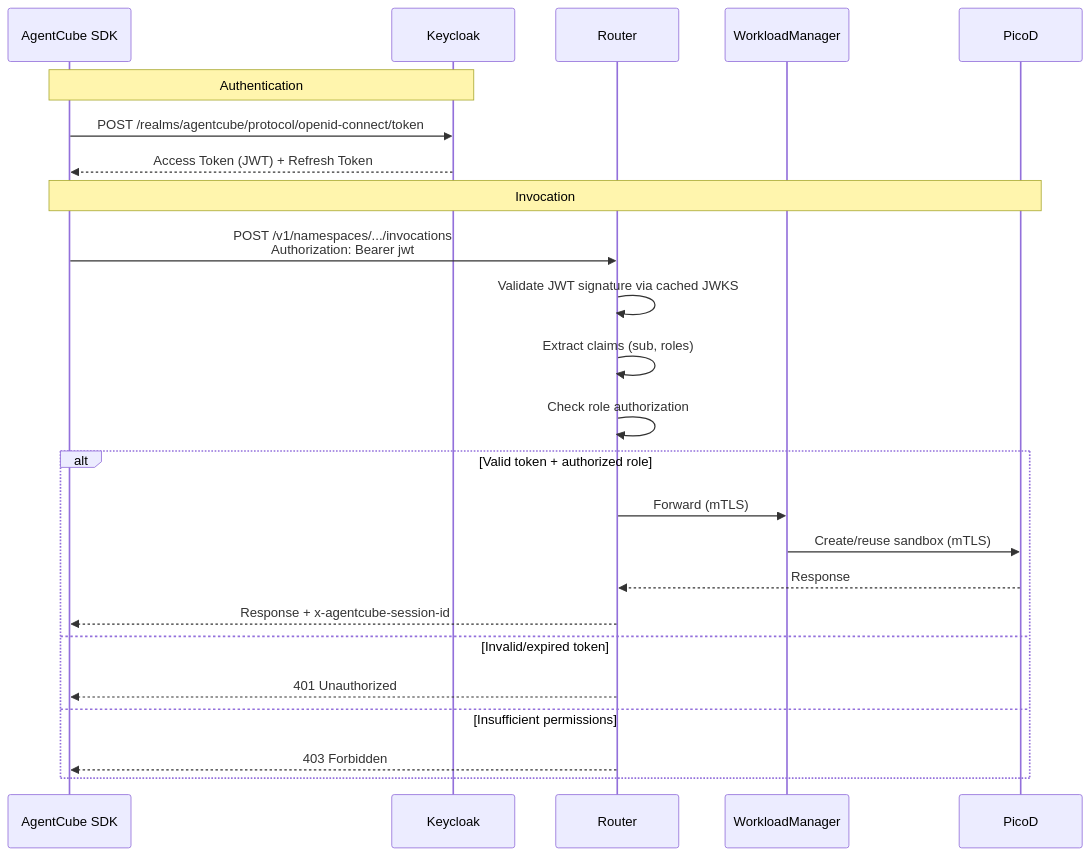
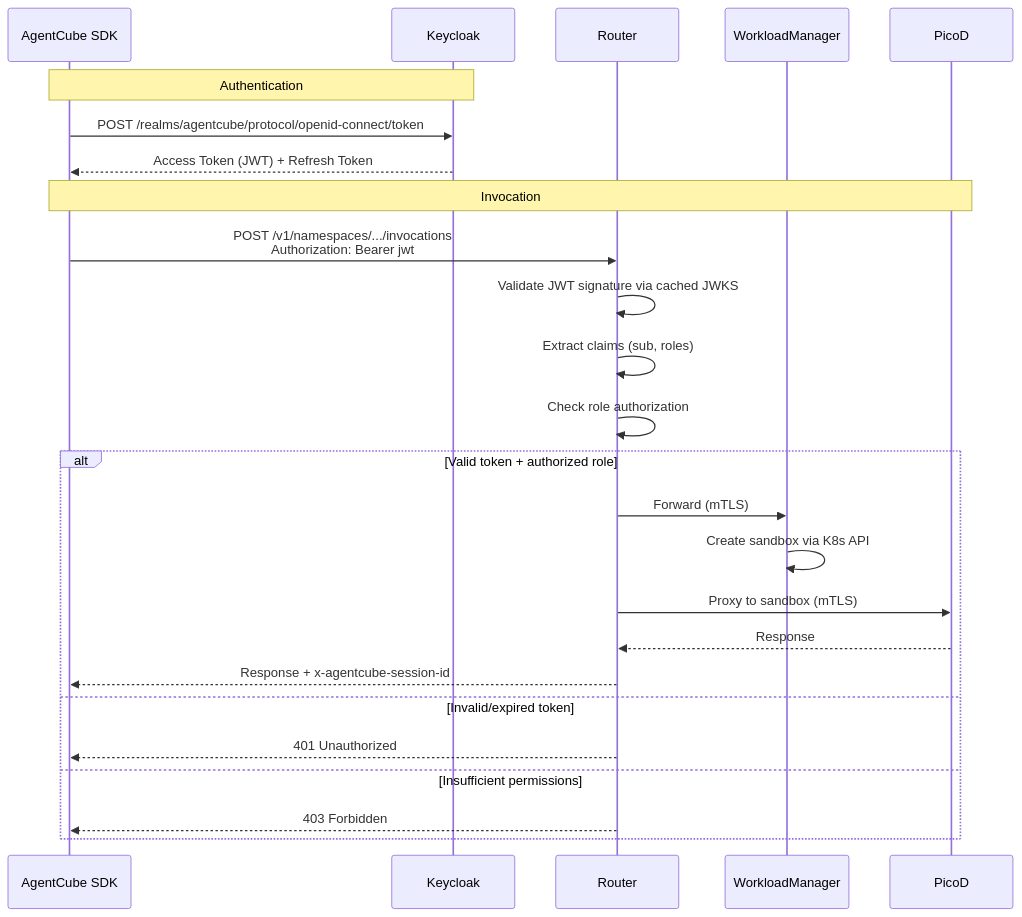
Before and after one commit to volcano-sh/agentcube: the second of 3 diagrams in docs/design/auth-proposal.md, drawn with Mermaid. The commit also changed other lines of this file, not shown here.

````diff
--- a/docs/design/auth-proposal.md
+++ b/docs/design/auth-proposal.md
@@ -397,29 +383,30 @@
 ```mermaid
 sequenceDiagram
     participant SDK as AgentCube SDK
     participant KC as Keycloak
     participant Router as Router
     participant WM as WorkloadManager
     participant Sandbox as PicoD
 
     Note over SDK, KC: Authentication
     SDK->>KC: POST /realms/agentcube/protocol/openid-connect/token
     KC-->>SDK: Access Token (JWT) + Refresh Token
 
     Note over SDK, Sandbox: Invocation
     SDK->>Router: POST /v1/namespaces/.../invocations<br/>Authorization: Bearer jwt
     Router->>Router: Validate JWT signature via cached JWKS
     Router->>Router: Extract claims (sub, roles)
     Router->>Router: Check role authorization
 
     alt Valid token + authorized role
         Router->>WM: Forward (mTLS)
-        WM->>Sandbox: Create/reuse sandbox (mTLS)
+        WM->>WM: Create sandbox via K8s API
+        Router->>Sandbox: Proxy to sandbox (mTLS)
         Sandbox-->>Router: Response
         Router-->>SDK: Response + x-agentcube-session-id
     else Invalid/expired token
         Router-->>SDK: 401 Unauthorized
     else Insufficient permissions
         Router-->>SDK: 403 Forbidden
     end
 ```
````
